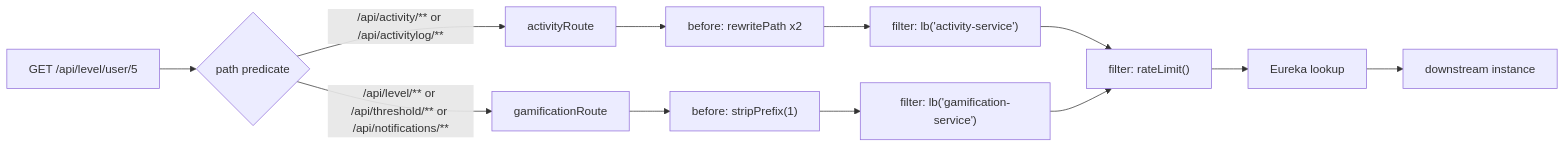
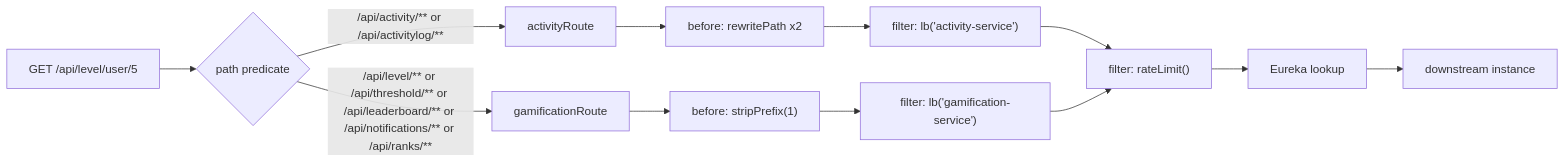
One commit to prashant-singh-2001/gamified_tracker changed the diagram in docs/features/api-gateway-routing.md. Above: the diagram before and after it, drawn with Mermaid. The commit also changed other lines of this file and 3 other files, not shown here.

````diff
--- a/docs/features/api-gateway-routing.md
+++ b/docs/features/api-gateway-routing.md
@@ -19,13 +19,13 @@
 ```mermaid
 flowchart LR
     A["GET /api/level/user/5"] --> B{path predicate}
     B -->|"/api/activity/** or /api/activitylog/**"| C[activityRoute]
-    B -->|"/api/level/** or /api/threshold/** or /api/notifications/**"| D[gamificationRoute]
+    B -->|"/api/level/** or /api/threshold/** or /api/leaderboard/** or /api/notifications/** or /api/ranks/**"| D[gamificationRoute]
     C --> E["before: rewritePath x2"]
     D --> F["before: stripPrefix(1)"]
     E --> G["filter: lb('activity-service')"]
     F --> H["filter: lb('gamification-service')"]
     G --> I["filter: rateLimit()"]
     H --> I
     I --> J[Eureka lookup] --> K[downstream instance]
 ```
````
